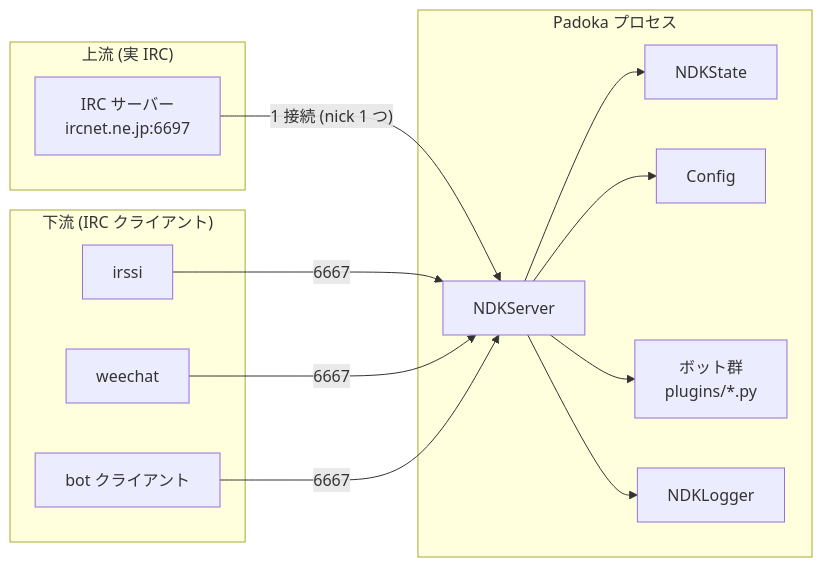
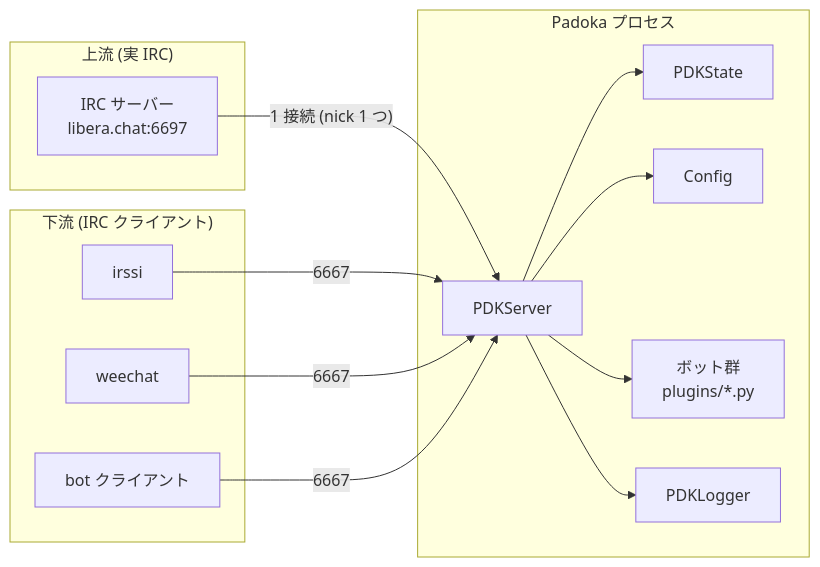
The first of 4 diagrams in docs/architecture.md (ainamori/padoka), drawn with Mermaid before and after one commit. The commit also changed other lines of this file and 25 other files, not shown here.

````diff
--- a/docs/architecture.md
+++ b/docs/architecture.md
@@ -24,26 +24,26 @@
 ```mermaid
 graph LR
     subgraph "上流 (実 IRC)"
-      UP[IRC サーバー<br/>ircnet.ne.jp:6697]
+      UP[IRC サーバー<br/>libera.chat:6697]
     end
     subgraph "Padoka プロセス"
-      SVR[NDKServer]
-      ST[NDKState]
+      SVR[PDKServer]
+      ST[PDKState]
       CFG[Config]
       BOTS[ボット群<br/>plugins/*.py]
-      LOG[NDKLogger]
+      LOG[PDKLogger]
     end
     subgraph "下流 (IRC クライアント)"
       C1[irssi]
       C2[weechat]
       C3[bot クライアント]
     end
     UP -- "1 接続 (nick 1 つ)" --> SVR
     SVR --> ST
     SVR --> CFG
     SVR --> BOTS
     SVR --> LOG
     C1 -- "6667" --> SVR
     C2 -- "6667" --> SVR
     C3 -- "6667" --> SVR
 ```
````
